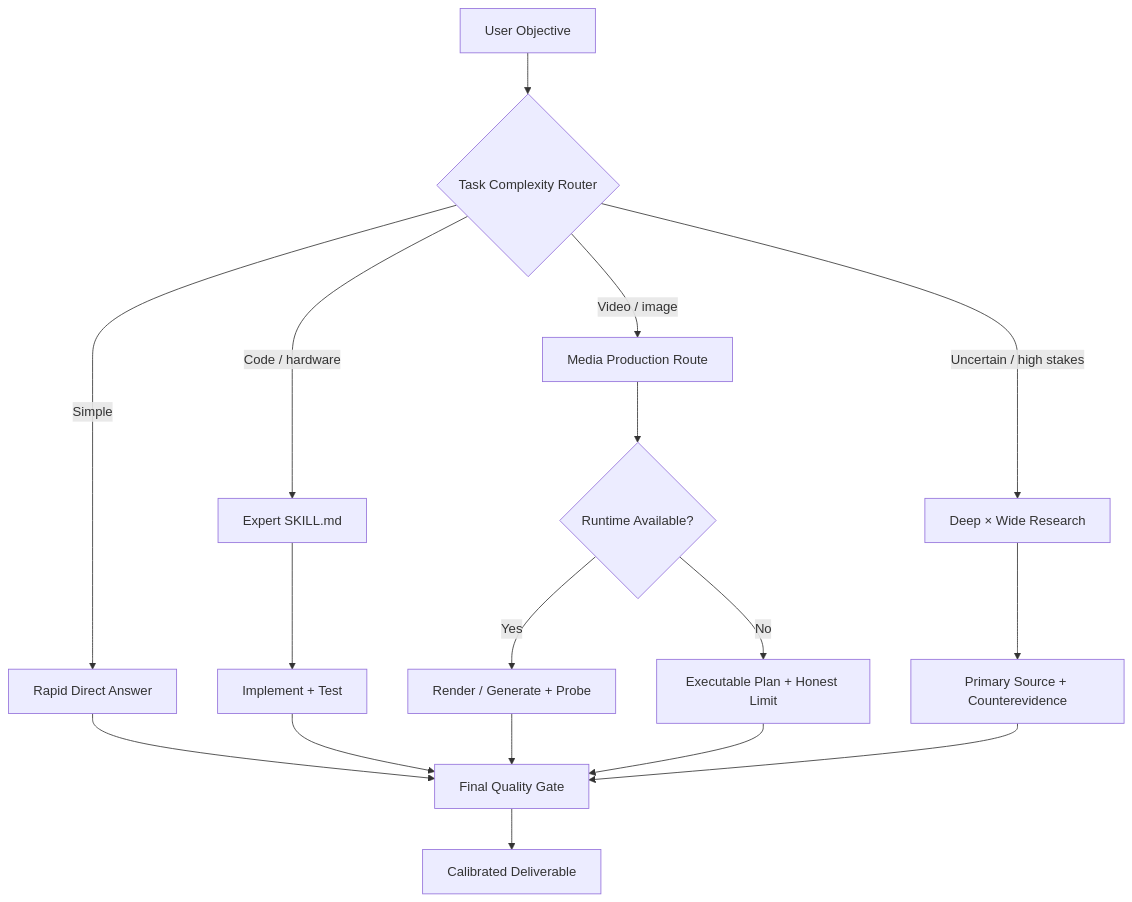
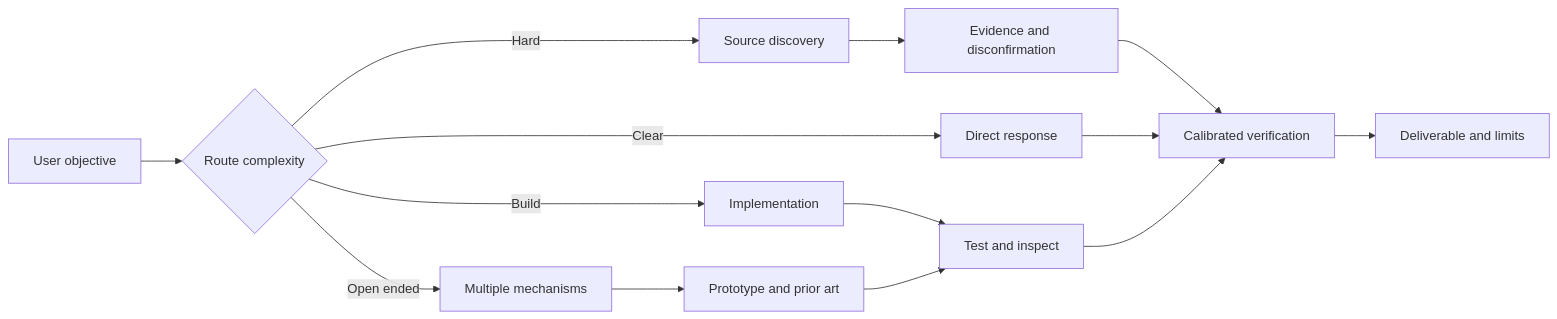
The diagram in README.md (Blurry-hash/parallax-intelligence-engine), drawn with Mermaid before and after one commit. The commit also changed other lines of this file, not shown here.

Commit message:
docs: introduce PARALLAX v5.2 architecture, usage and verification

````diff
--- a/README.md
+++ b/README.md
@@ -27,19 +37,16 @@
 ```mermaid
-flowchart TD
-    A[User Objective] --> B{Task Complexity Router}
-    B -->|Simple| F[Rapid Direct Answer]
-    B -->|Code / hardware| C[Expert SKILL.md]
-    B -->|Video / image| V[Media Production Route]
-    B -->|Uncertain / high stakes| D[Deep × Wide Research]
-    C --> E[Implement + Test]
-    V --> G{Runtime Available?}
-    G -->|Yes| H[Render / Generate + Probe]
-    G -->|No| I[Executable Plan + Honest Limit]
-    D --> J[Primary Source + Counterevidence]
-    F --> K[Final Quality Gate]
-    E --> K
-    H --> K
-    I --> K
-    J --> K
-    K --> L[Calibrated Deliverable]
+flowchart LR
+   GOAL[User objective] --> ROUTE{Route complexity}
+   ROUTE -->|Clear| FAST[Direct response]
+   ROUTE -->|Hard| SEARCH[Source discovery]
+   ROUTE -->|Open ended| IDEATE[Multiple mechanisms]
+   SEARCH --> CHECK[Evidence and disconfirmation]
+   IDEATE --> PROTO[Prototype and prior art]
+   ROUTE -->|Build| IMPLEMENT[Implementation]
+   IMPLEMENT --> TEST[Test and inspect]
+   PROTO --> TEST
+   CHECK --> VERIFY[Calibrated verification]
+   FAST --> VERIFY
+   TEST --> VERIFY
+   VERIFY --> RESULT[Deliverable and limits]
 ```
````
